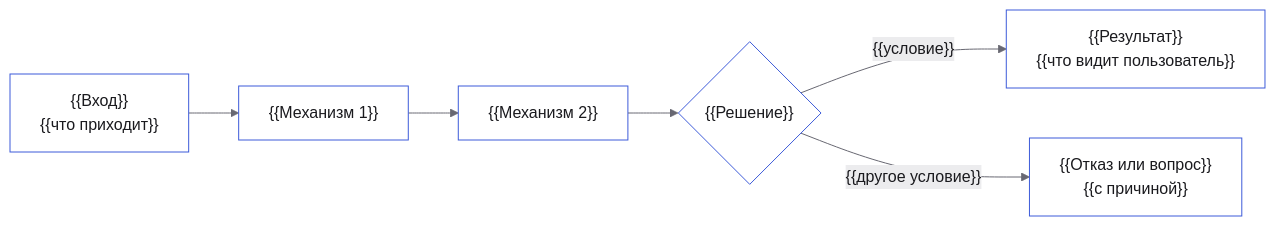
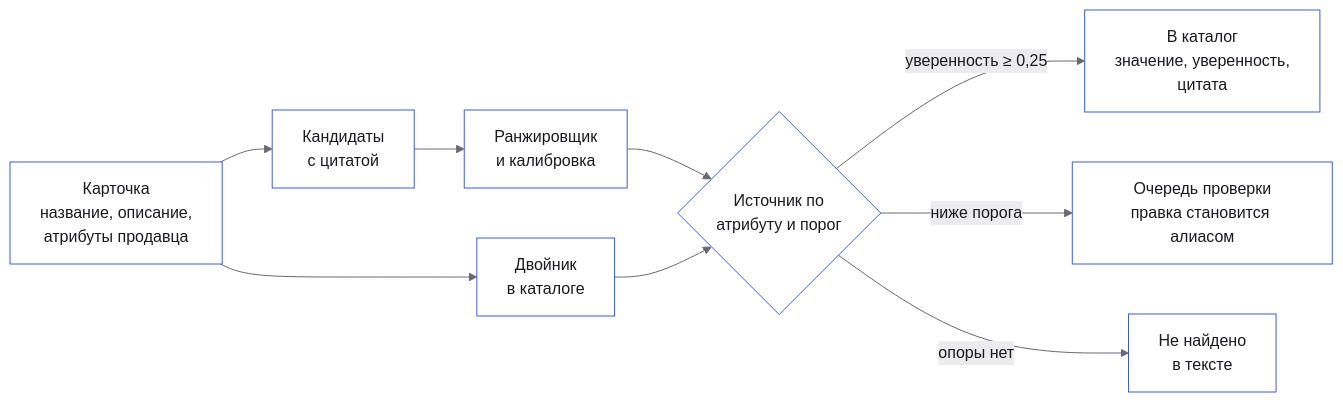
The diagram in README.md (GoatWhistle/mvideo), drawn with Mermaid before and after one commit. The commit also changed other lines of this file, not shown here.

````diff
--- a/README.md
+++ b/README.md
@@ -77,9 +82,12 @@
 ```mermaid
 %%{init: {"theme":"base","themeVariables":{"primaryColor":"#ffffff","primaryTextColor":"#1a1a1e","primaryBorderColor":"#3d5bd9","secondaryColor":"#ececee","tertiaryColor":"#f6f6f7","lineColor":"#686872","textColor":"#1a1a1e","noteBkgColor":"#ececee","noteTextColor":"#54545c","actorBkg":"#ffffff","actorBorder":"#3d5bd9","fontFamily":"Inter Variable"}}}%%
 flowchart LR
-    A["{{Вход}}<br/>{{что приходит}}"] --> B["{{Механизм 1}}"]
-    B --> C["{{Механизм 2}}"]
-    C --> D{"{{Решение}}"}
-    D -- "{{условие}}" --> E["{{Результат}}<br/>{{что видит пользователь}}"]
-    D -- "{{другое условие}}" --> F["{{Отказ или вопрос}}<br/>{{с причиной}}"]
+    A["Карточка<br/>название, описание,<br/>атрибуты продавца"] --> B["Кандидаты<br/>с цитатой"]
+    B --> C["Ранжировщик<br/>и калибровка"]
+    A --> T["Двойник<br/>в каталоге"]
+    C --> D{"Источник по<br/>атрибуту и порог"}
+    T --> D
+    D -- "уверенность ≥ 0,25" --> E["В каталог<br/>значение, уверенность,<br/>цитата"]
+    D -- "ниже порога" --> F["Очередь проверки<br/>правка становится алиасом"]
+    D -- "опоры нет" --> G["Не найдено<br/>в тексте"]
 ```
````
